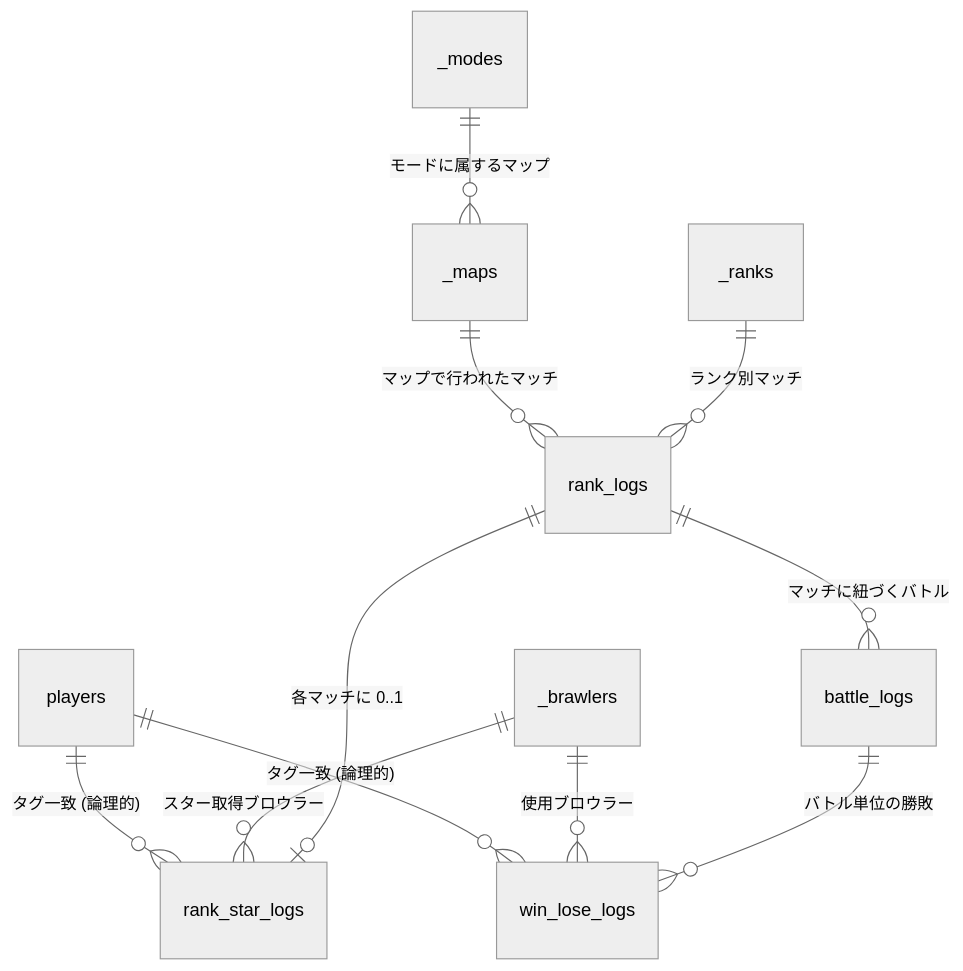
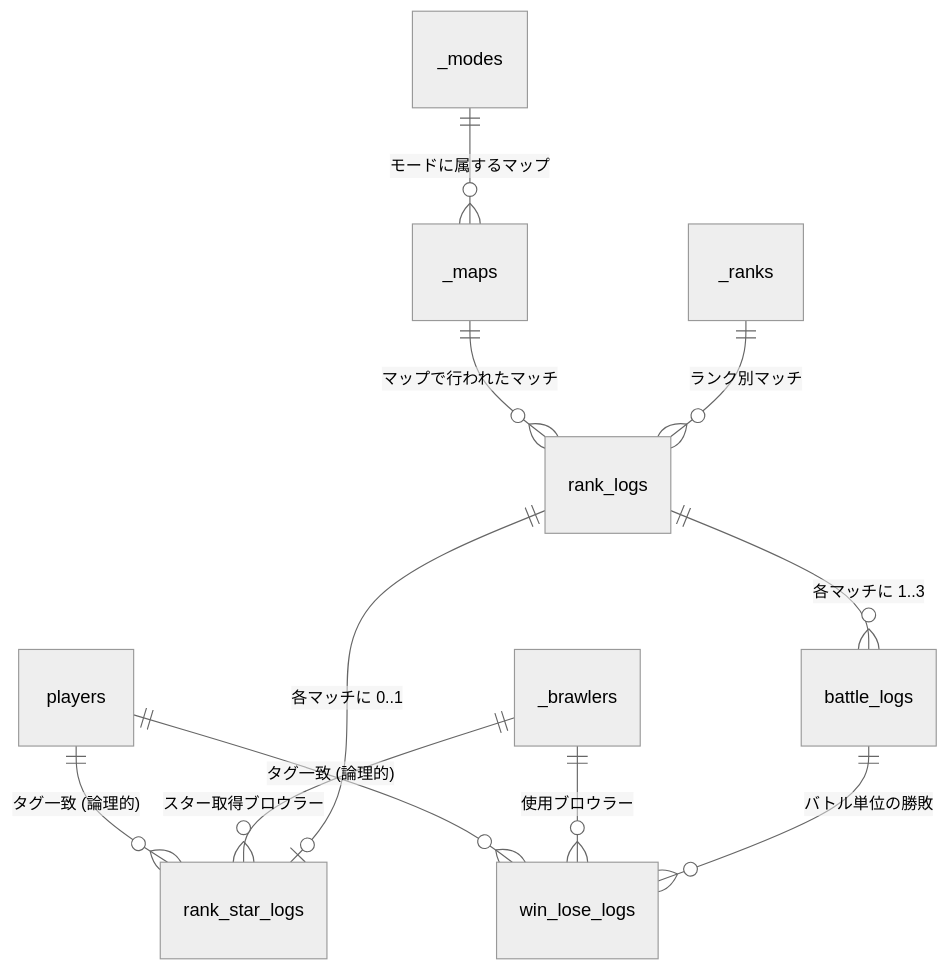
The diagram in docs/database_schema_relationships.md (waon910/brawl_stars_gachibattle_statistics), drawn with Mermaid (neutral theme) before and after one commit. The commit also changed other lines of this file, not shown here.

Commit message:
docs: clarify battle_logs cardinality

````diff
--- a/docs/database_schema_relationships.md
+++ b/docs/database_schema_relationships.md
@@ -30,13 +30,13 @@
 ```mermaid
 erDiagram
     players ||--o{ win_lose_logs : "タグ一致 (論理的)"
     players ||--o{ rank_star_logs : "タグ一致 (論理的)"
     _modes ||--o{ _maps : "モードに属するマップ"
     _maps ||--o{ rank_logs : "マップで行われたマッチ"
     _ranks ||--o{ rank_logs : "ランク別マッチ"
     _brawlers ||--o{ win_lose_logs : "使用ブロウラー"
     _brawlers ||--o{ rank_star_logs : "スター取得ブロウラー"
     rank_logs ||--o| rank_star_logs : "各マッチに 0..1"
-    rank_logs ||--o{ battle_logs : "マッチに紐づくバトル"
+    rank_logs ||--o{ battle_logs : "各マッチに 1..3"
     battle_logs ||--o{ win_lose_logs : "バトル単位の勝敗"    
 ```
````
